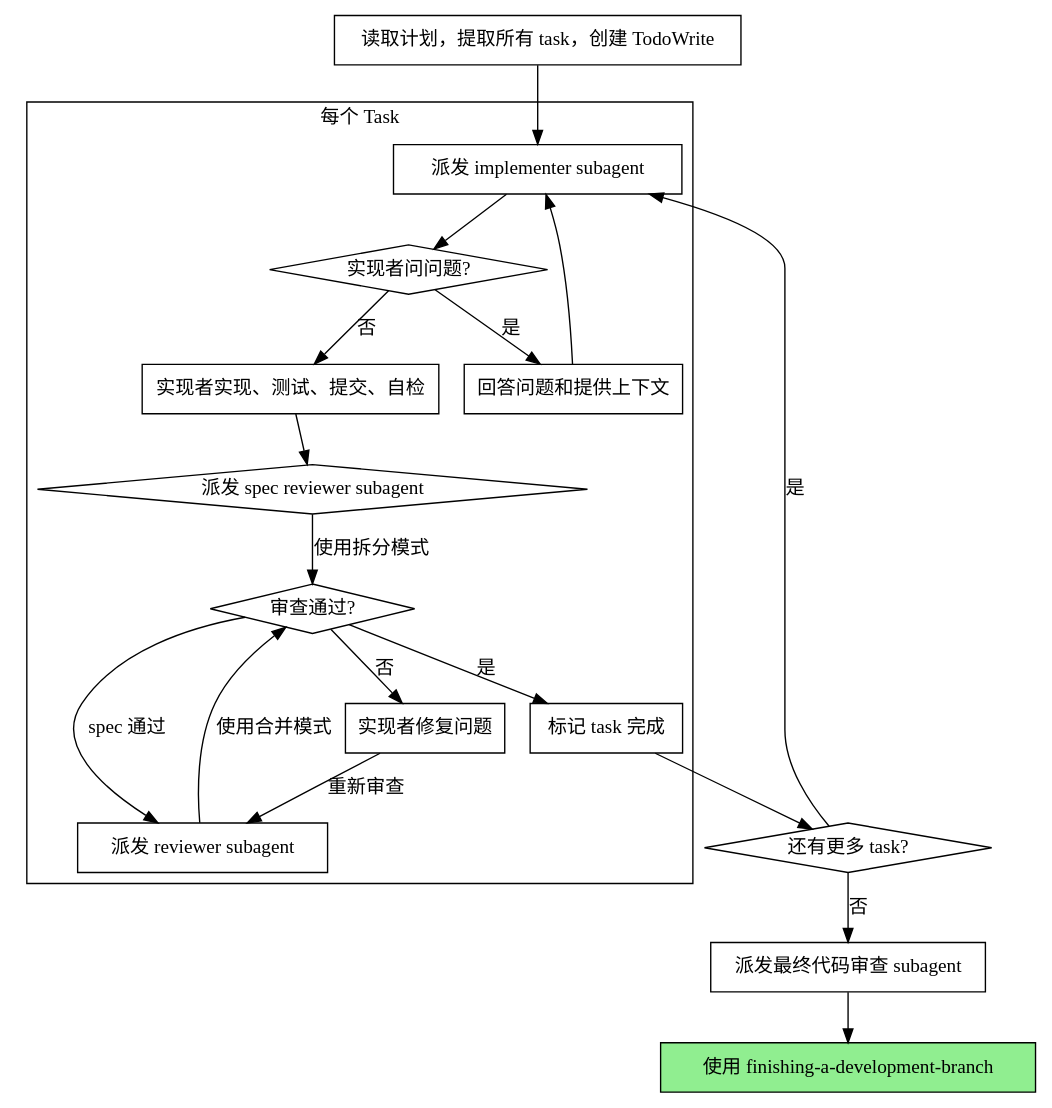
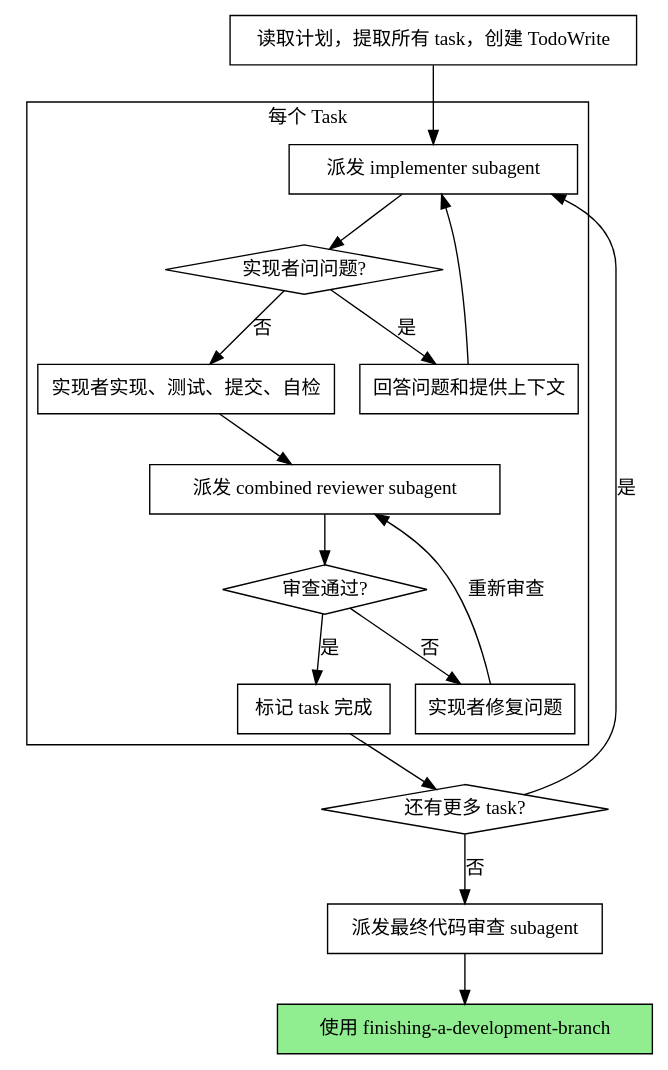
One commit to xiqin/loom changed the second of 2 diagrams in skills/loom-subagent-driven-development/SKILL.md. Above: the diagram before and after it, drawn with Graphviz. The commit also changed other lines of this file and 20 other files, not shown here.

````diff
--- a/skills/loom-subagent-driven-development/SKILL.md
+++ b/skills/loom-subagent-driven-development/SKILL.md
@@ -127,41 +128,38 @@
 ```dot
 digraph process {
     rankdir=TB;
 
     subgraph cluster_per_task {
         label="每个 Task";
 
         "派发 implementer subagent" [shape=box];
         "实现者问问题?" [shape=diamond];
         "回答问题和提供上下文" [shape=box];
         "实现者实现、测试、提交、自检" [shape=box];
-        "派发 spec reviewer subagent" [shape=diamond];
-        "派发 reviewer subagent" [shape=box];
+        "派发 combined reviewer subagent" [shape=box];
         "审查通过?" [shape=diamond];
         "实现者修复问题" [shape=box];
         "标记 task 完成" [shape=box];
     }
 
     "读取计划，提取所有 task，创建 TodoWrite" [shape=box];
     "还有更多 task?" [shape=diamond];
     "派发最终代码审查 subagent" [shape=box];
     "使用 finishing-a-development-branch" [shape=box style=filled fillcolor=lightgreen];
 
     "读取计划，提取所有 task，创建 TodoWrite" -> "派发 implementer subagent";
     "派发 implementer subagent" -> "实现者问问题?";
     "实现者问问题?" -> "回答问题和提供上下文" [label="是"];
     "回答问题和提供上下文" -> "派发 implementer subagent";
     "实现者问问题?" -> "实现者实现、测试、提交、自检" [label="否"];
-    "实现者实现、测试、提交、自检" -> "派发 spec reviewer subagent";
-    "派发 spec reviewer subagent" -> "审查通过?" [label="使用拆分模式"];
-    "审查通过?" -> "派发 reviewer subagent" [label="spec 通过"];
-    "派发 reviewer subagent" -> "审查通过?" [label="使用合并模式"];
+    "实现者实现、测试、提交、自检" -> "派发 combined reviewer subagent";
+    "派发 combined reviewer subagent" -> "审查通过?";
     "审查通过?" -> "实现者修复问题" [label="否"];
-    "实现者修复问题" -> "派发 reviewer subagent" [label="重新审查"];
+    "实现者修复问题" -> "派发 combined reviewer subagent" [label="重新审查"];
     "审查通过?" -> "标记 task 完成" [label="是"];
     "标记 task 完成" -> "还有更多 task?";
     "还有更多 task?" -> "派发 implementer subagent" [label="是"];
     "还有更多 task?" -> "派发最终代码审查 subagent" [label="否"];
     "派发最终代码审查 subagent" -> "使用 finishing-a-development-branch";
 }
 ```
````
